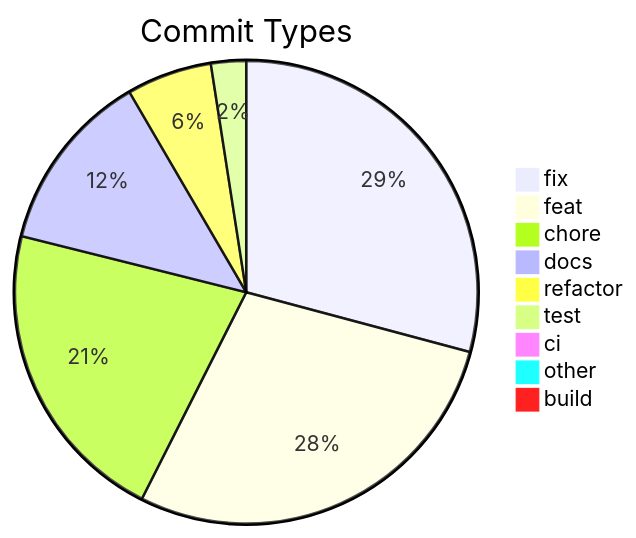
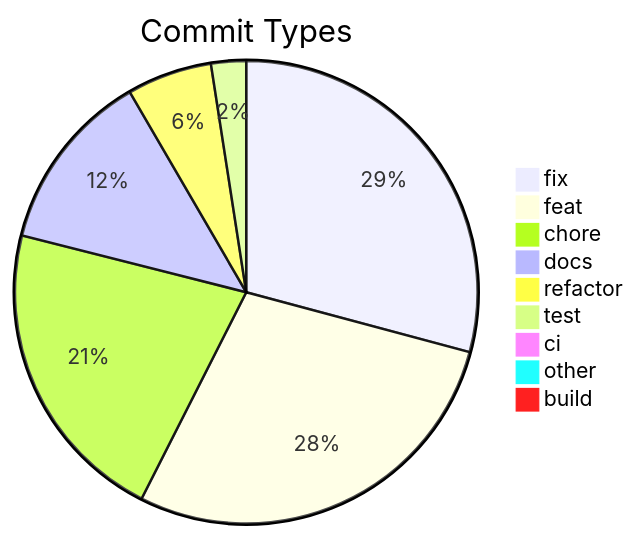
The diagram in .shipwright/compliance/change-history.md (svenroth-ai/shipwright), drawn with Mermaid before and after one commit. The commit also changed other lines of this file and 9 other files, not shown here.

````diff
--- a/.shipwright/compliance/change-history.md
+++ b/.shipwright/compliance/change-history.md
@@ -8,12 +8,12 @@
 ```mermaid
 pie title Commit Types
-    "fix" : 333
-    "feat" : 323
-    "chore" : 245
+    "fix" : 334
+    "feat" : 324
+    "chore" : 246
     "docs" : 145
     "refactor" : 68
     "test" : 28
     "ci" : 11
     "other" : 9
     "build" : 1
 ```
````
